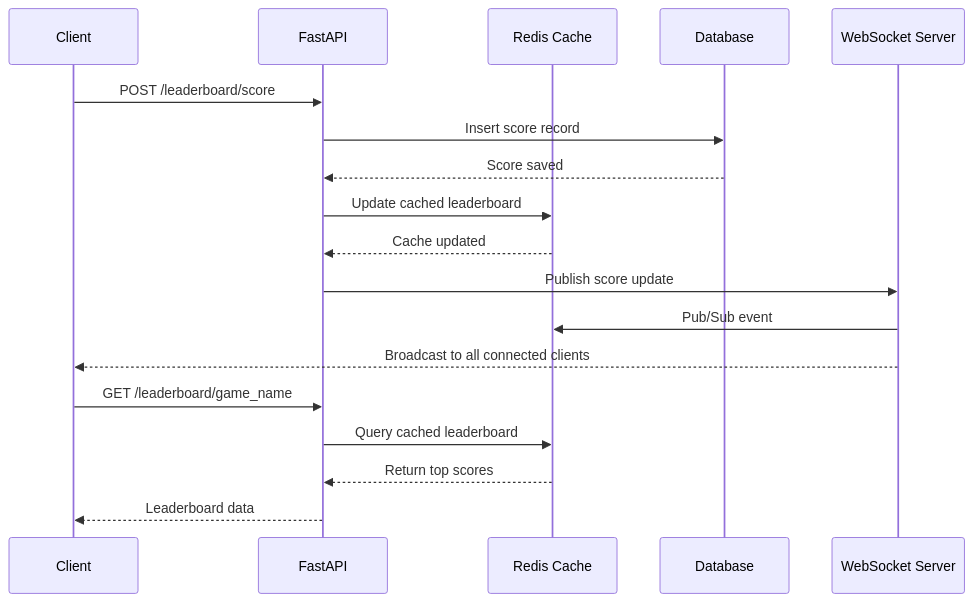
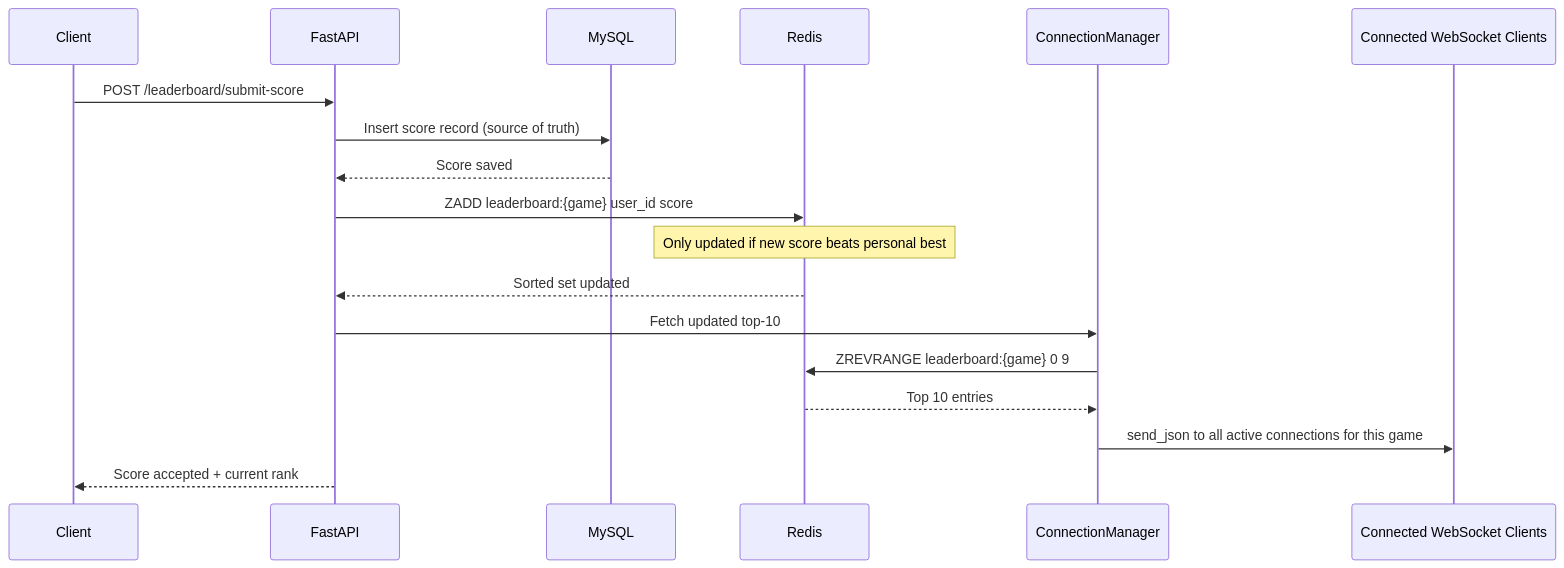
Before and after one commit to fara77ezma/Leader-Board-Real-Time-System: the third of 4 diagrams in ARCHITECTURE.md, drawn with Mermaid. The commit also changed other lines of this file and 6 other files, not shown here.

Commit message:
Revise architecture document for clarity and accuracy (#8)

````diff
--- a/ARCHITECTURE.md
+++ b/ARCHITECTURE.md
@@ -89,22 +92,21 @@
 ```mermaid
 sequenceDiagram
     participant Client
     participant API as FastAPI
-    participant Redis as Redis Cache
-    participant DB as Database
-    participant WS as WebSocket Server
+    participant DB as MySQL
+    participant Redis as Redis
+    participant CM as ConnectionManager
+    participant WS as Connected WebSocket Clients
     
-    Client->>API: POST /leaderboard/score
-    API->>DB: Insert score record
+    Client->>API: POST /leaderboard/submit-score
+    API->>DB: Insert score record (source of truth)
     DB-->>API: Score saved
-    API->>Redis: Update cached leaderboard
-    Redis-->>API: Cache updated
-    API->>WS: Publish score update
-    WS->>Redis: Pub/Sub event
-    WS-->>Client: Broadcast to all connected clients
-    
-    Client->>API: GET /leaderboard/game_name
-    API->>Redis: Query cached leaderboard
-    Redis-->>API: Return top scores
-    API-->>Client: Leaderboard data
+    API->>Redis: ZADD leaderboard:{game} user_id score
+    Note over Redis: Only updated if new score beats personal best
+    Redis-->>API: Sorted set updated
+    API->>CM: Fetch updated top-10
+    CM->>Redis: ZREVRANGE leaderboard:{game} 0 9
+    Redis-->>CM: Top 10 entries
+    CM->>WS: send_json to all active connections for this game
+    API-->>Client: Score accepted + current rank
 ```
````
